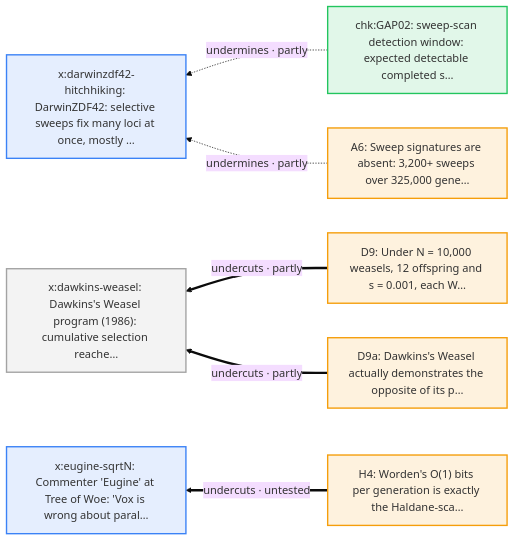
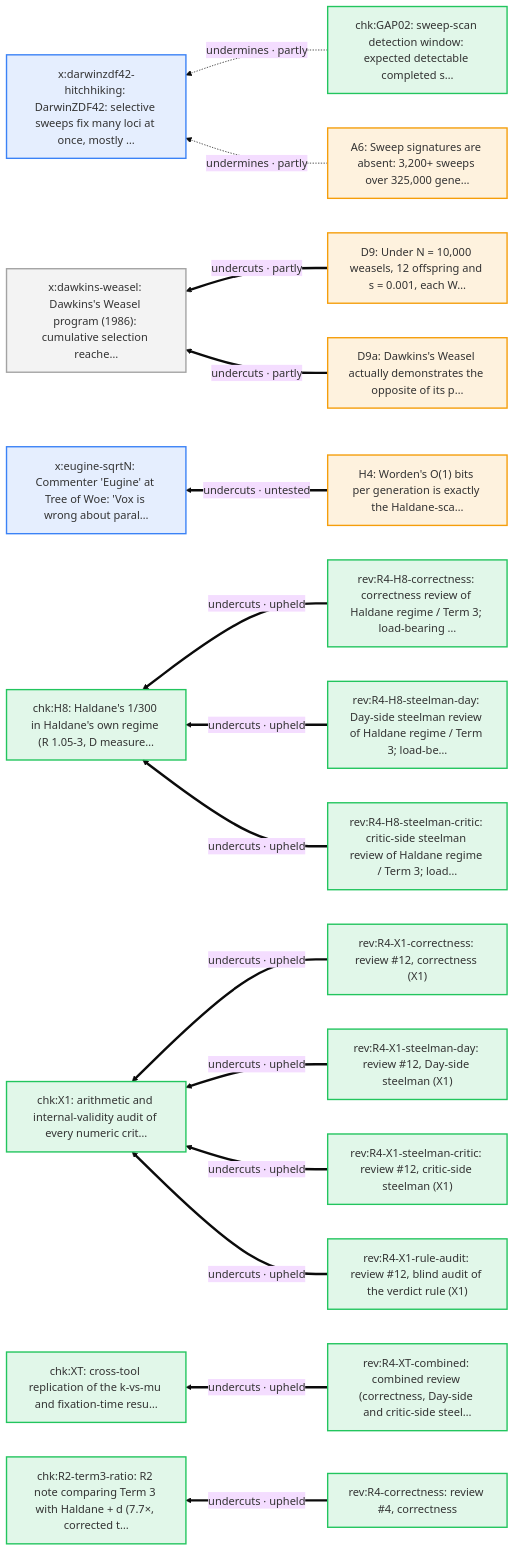
Before and after one commit to nickallevato/evo-sim: diagram 19 of 19 in docs/arguments/defeaters.md, drawn with Mermaid (base theme). The commit also changed other lines of this file and 20 other files, not shown here.

````diff
--- a/docs/arguments/defeaters.md
+++ b/docs/arguments/defeaters.md
@@ -988,21 +1001,43 @@
 ```mermaid
 flowchart RL
   classDef day fill:#f59e0b22,stroke:#f59e0b,stroke-width:2px
   classDef ally fill:#d9770622,stroke:#d97706,stroke-width:2px
   classDef critic fill:#3b82f622,stroke:#3b82f6,stroke-width:2px
   classDef literature fill:#a3a3a322,stroke:#a3a3a3,stroke-width:2px
   classDef audit fill:#22c55e22,stroke:#22c55e,stroke-width:2px
   A6["A6: Sweep signatures are absent: 3,200+ sweeps over 325,000 gene…"]:::day
   D9["D9: Under N = 10,000 weasels, 12 offspring and s = 0.001, each W…"]:::day
   D9a["D9a: Dawkins's Weasel actually demonstrates the opposite of its p…"]:::day
   H4["H4: Worden's O(1) bits per generation is exactly the Haldane-sca…"]:::day
   chk_GAP02["chk:GAP02: sweep-scan detection window: expected detectable completed s…"]:::audit
+  chk_H8["chk:H8: Haldane's 1/300 in Haldane's own regime (R 1.05-3, D measure…"]:::audit
+  chk_R2_term3_ratio["chk:R2-term3-ratio: R2 note comparing Term 3 with Haldane + d (7.7×, corrected t…"]:::audit
+  chk_X1["chk:X1: arithmetic and internal-validity audit of every numeric crit…"]:::audit
+  chk_XT["chk:XT: cross-tool replication of the k-vs-mu and fixation-time resu…"]:::audit
+  rev_R4_H8_correctness["rev:R4-H8-correctness: correctness review of Haldane regime / Term 3; load-bearing …"]:::audit
+  rev_R4_H8_steelman_critic["rev:R4-H8-steelman-critic: critic-side steelman review of Haldane regime / Term 3; load…"]:::audit
+  rev_R4_H8_steelman_day["rev:R4-H8-steelman-day: Day-side steelman review of Haldane regime / Term 3; load-be…"]:::audit
+  rev_R4_X1_correctness["rev:R4-X1-correctness: review #12, correctness (X1)"]:::audit
+  rev_R4_X1_rule_audit["rev:R4-X1-rule-audit: review #12, blind audit of the verdict rule (X1)"]:::audit
+  rev_R4_X1_steelman_critic["rev:R4-X1-steelman-critic: review #12, critic-side steelman (X1)"]:::audit
+  rev_R4_X1_steelman_day["rev:R4-X1-steelman-day: review #12, Day-side steelman (X1)"]:::audit
+  rev_R4_XT_combined["rev:R4-XT-combined: combined review (correctness, Day-side and critic-side steel…"]:::audit
+  rev_R4_correctness["rev:R4-correctness: review #4, correctness"]:::audit
   x_darwinzdf42_hitchhiking["x:darwinzdf42-hitchhiking: DarwinZDF42: selective sweeps fix many loci at once, mostly …"]:::critic
   x_dawkins_weasel["x:dawkins-weasel: Dawkins's Weasel program (1986): cumulative selection reache…"]:::literature
   x_eugine_sqrtN["x:eugine-sqrtN: Commenter 'Eugine' at Tree of Woe: 'Vox is wrong about paral…"]:::critic
+  rev_R4_H8_correctness ==>|"undercuts · upheld"| chk_H8
+  rev_R4_H8_steelman_day ==>|"undercuts · upheld"| chk_H8
+  rev_R4_H8_steelman_critic ==>|"undercuts · upheld"| chk_H8
+  rev_R4_correctness ==>|"undercuts · upheld"| chk_R2_term3_ratio
+  rev_R4_X1_correctness ==>|"undercuts · upheld"| chk_X1
+  rev_R4_X1_steelman_day ==>|"undercuts · upheld"| chk_X1
+  rev_R4_X1_steelman_critic ==>|"undercuts · upheld"| chk_X1
+  rev_R4_X1_rule_audit ==>|"undercuts · upheld"| chk_X1
+  rev_R4_XT_combined ==>|"undercuts · upheld"| chk_XT
   chk_GAP02 -.->|"undermines · partly"| x_darwinzdf42_hitchhiking
   A6 -.->|"undermines · partly"| x_darwinzdf42_hitchhiking
   D9 ==>|"undercuts · partly"| x_dawkins_weasel
   D9a ==>|"undercuts · partly"| x_dawkins_weasel
   H4 ==>|"undercuts · untested"| x_eugine_sqrtN
 ```
````
